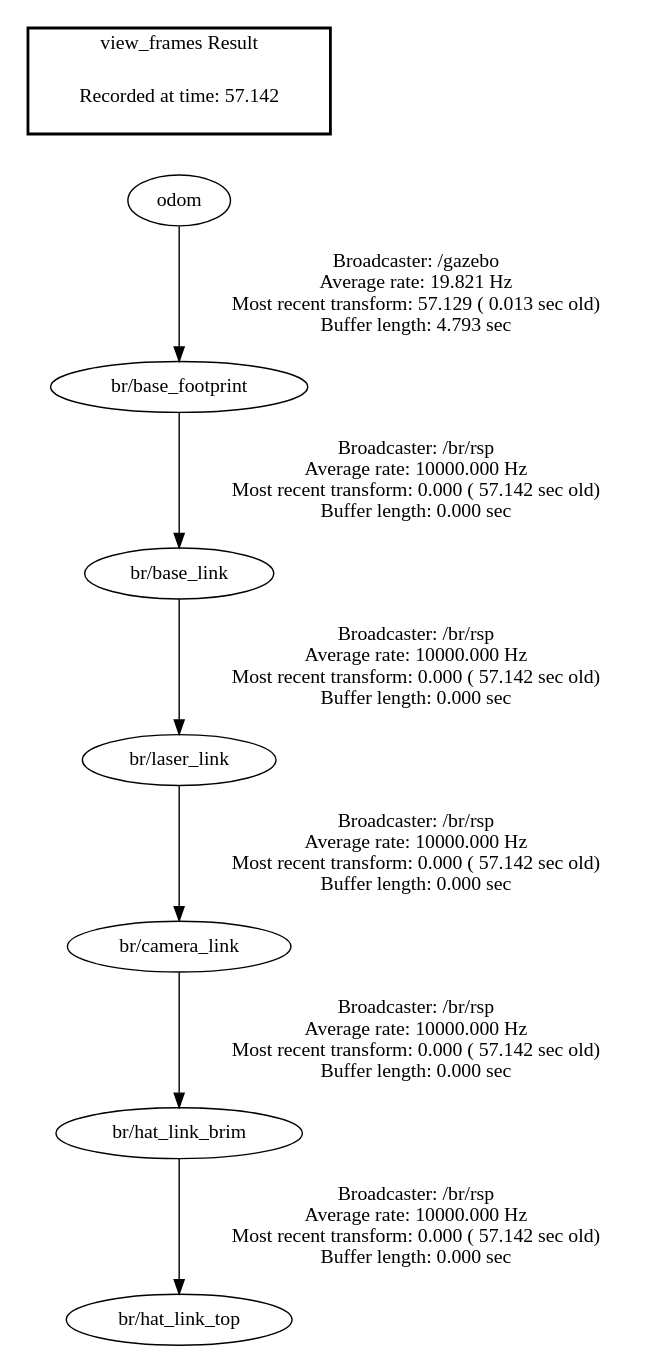
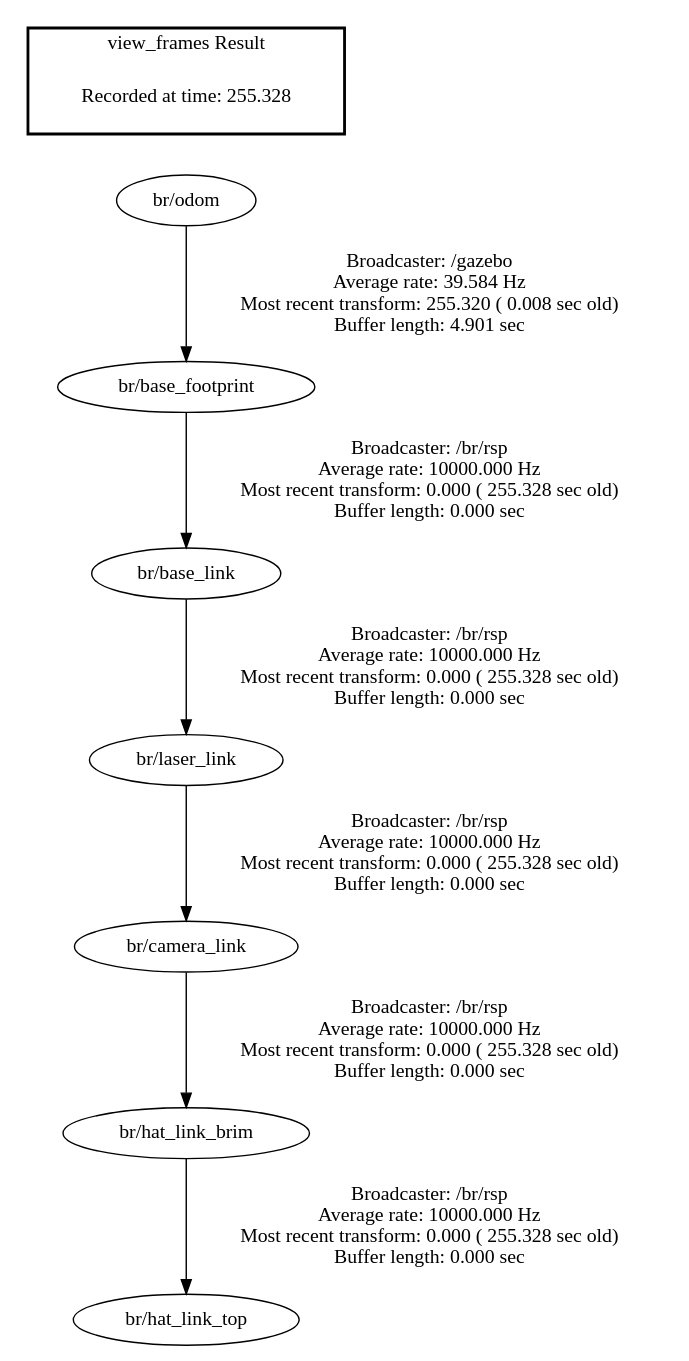
One commit to svarunr/IntroRobotics_York changed the diagram in cpmr_apb/launch/frames.gv. Above: the diagram before and after it, drawn with Graphviz. The commit also changed 5 other files, not shown here.

```diff
--- a/cpmr_apb/launch/frames.gv
+++ b/cpmr_apb/launch/frames.gv
@@ -1,12 +1,12 @@
 digraph G {
-"br/base_footprint" -> "br/base_link"[label="Broadcaster: /br/rsp\nAverage rate: 10000.000 Hz\nMost recent transform: 0.000 ( 57.142 sec old)\nBuffer length: 0.000 sec\n"];
-"odom" -> "br/base_footprint"[label="Broadcaster: /gazebo\nAverage rate: 19.821 Hz\nMost recent transform: 57.129 ( 0.013 sec old)\nBuffer length: 4.793 sec\n"];
-"br/laser_link" -> "br/camera_link"[label="Broadcaster: /br/rsp\nAverage rate: 10000.000 Hz\nMost recent transform: 0.000 ( 57.142 sec old)\nBuffer length: 0.000 sec\n"];
-"br/base_link" -> "br/laser_link"[label="Broadcaster: /br/rsp\nAverage rate: 10000.000 Hz\nMost recent transform: 0.000 ( 57.142 sec old)\nBuffer length: 0.000 sec\n"];
-"br/camera_link" -> "br/hat_link_brim"[label="Broadcaster: /br/rsp\nAverage rate: 10000.000 Hz\nMost recent transform: 0.000 ( 57.142 sec old)\nBuffer length: 0.000 sec\n"];
-"br/hat_link_brim" -> "br/hat_link_top"[label="Broadcaster: /br/rsp\nAverage rate: 10000.000 Hz\nMost recent transform: 0.000 ( 57.142 sec old)\nBuffer length: 0.000 sec\n"];
+"br/base_footprint" -> "br/base_link"[label="Broadcaster: /br/rsp\nAverage rate: 10000.000 Hz\nMost recent transform: 0.000 ( 255.328 sec old)\nBuffer length: 0.000 sec\n"];
+"br/odom" -> "br/base_footprint"[label="Broadcaster: /gazebo\nAverage rate: 39.584 Hz\nMost recent transform: 255.320 ( 0.008 sec old)\nBuffer length: 4.901 sec\n"];
+"br/laser_link" -> "br/camera_link"[label="Broadcaster: /br/rsp\nAverage rate: 10000.000 Hz\nMost recent transform: 0.000 ( 255.328 sec old)\nBuffer length: 0.000 sec\n"];
+"br/base_link" -> "br/laser_link"[label="Broadcaster: /br/rsp\nAverage rate: 10000.000 Hz\nMost recent transform: 0.000 ( 255.328 sec old)\nBuffer length: 0.000 sec\n"];
+"br/camera_link" -> "br/hat_link_brim"[label="Broadcaster: /br/rsp\nAverage rate: 10000.000 Hz\nMost recent transform: 0.000 ( 255.328 sec old)\nBuffer length: 0.000 sec\n"];
+"br/hat_link_brim" -> "br/hat_link_top"[label="Broadcaster: /br/rsp\nAverage rate: 10000.000 Hz\nMost recent transform: 0.000 ( 255.328 sec old)\nBuffer length: 0.000 sec\n"];
 edge [style=invis];
  subgraph cluster_legend { style=bold; color=black; label ="view_frames Result";
-"Recorded at time: 57.142"[ shape=plaintext ] ;
- }->"odom";
+"Recorded at time: 255.328"[ shape=plaintext ] ;
+ }->"br/odom";
 }
```
